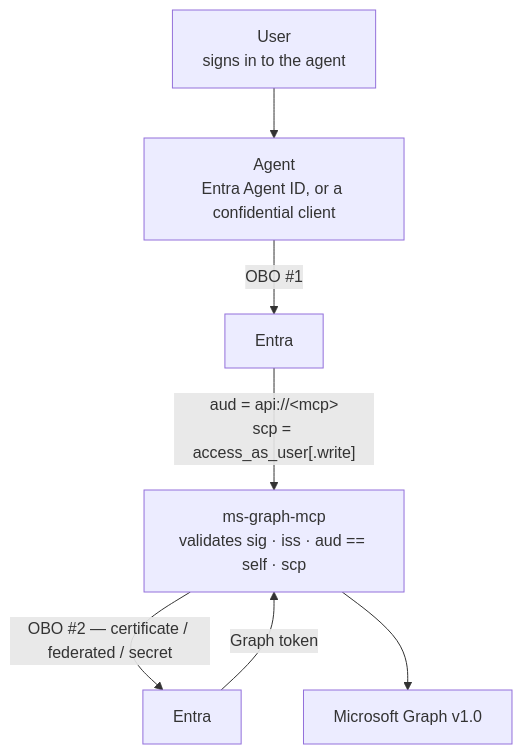
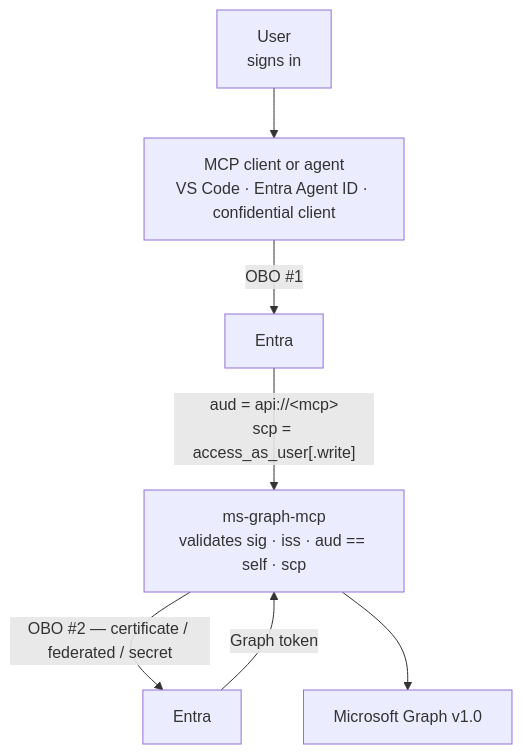
One commit to nitin27may/ms-graph-mcp changed the diagram in docs/agent-auth.md. Above: the diagram before and after it, drawn with Mermaid. The commit also changed other lines of this file and 10 other files, not shown here.

````diff
--- a/docs/agent-auth.md
+++ b/docs/agent-auth.md
@@ -11,11 +66,11 @@
 ```mermaid
 flowchart TD
-    U["User<br/>signs in to the agent"] --> A
-    A["Agent<br/>Entra Agent ID, or a confidential client"]
+    U["User<br/>signs in"] --> A
+    A["MCP client or agent<br/>VS Code · Entra Agent ID · confidential client"]
     A -->|"OBO #1"| E1["Entra"]
     E1 -->|"aud = api://&lt;mcp&gt;<br/>scp = access_as_user[.write]"| M
     M["ms-graph-mcp<br/>validates sig · iss · aud == self · scp"]
     M -->|"OBO #2 — certificate / federated / secret"| E2["Entra"]
     E2 -->|"Graph token"| M
     M --> G["Microsoft Graph v1.0"]
 ```
````
